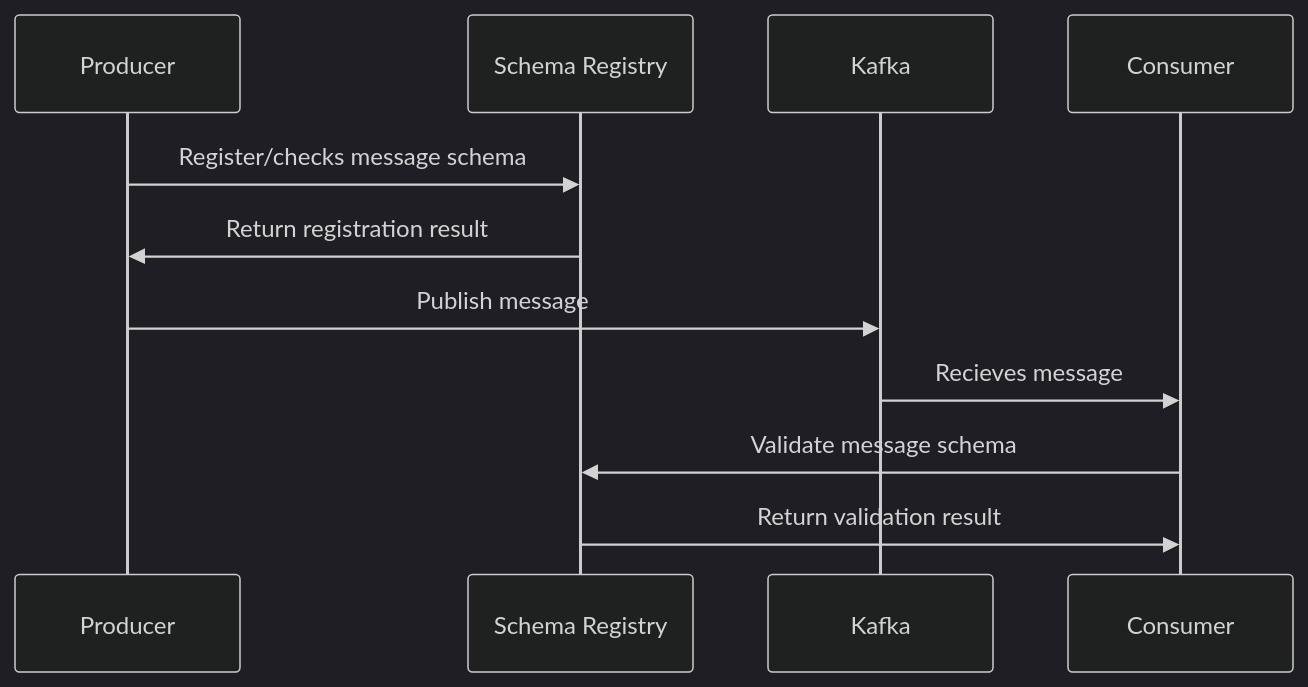
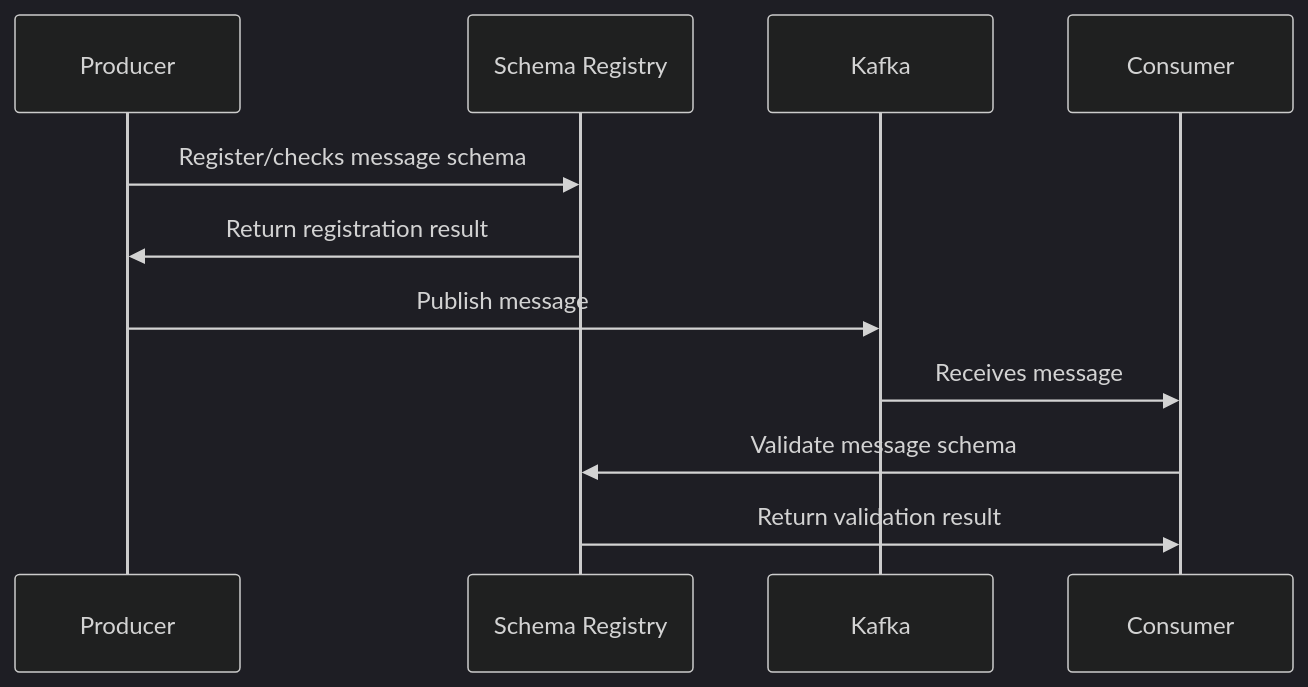
Before and after one commit to playlikeboy/website: the third of 3 diagrams in markdown/docs/guides/message-validation.md, drawn with Mermaid (dark theme). The commit also changed 2 other files, not shown here.

Commit message:
docs: correct spelling errors (#5653)

````diff
--- a/markdown/docs/guides/message-validation.md
+++ b/markdown/docs/guides/message-validation.md
@@ -72,10 +72,10 @@
 ```mermaid
 sequenceDiagram
 Producer ->> Schema Registry: Register/checks message schema
 Schema Registry ->> Producer: Return registration result
 
 Producer ->> Kafka: Publish message
-Kafka ->> Consumer: Recieves message
+Kafka ->> Consumer: Receives message
 Consumer ->> Schema Registry: Validate message schema
 Schema Registry ->> Consumer: Return validation result
 ```
````
